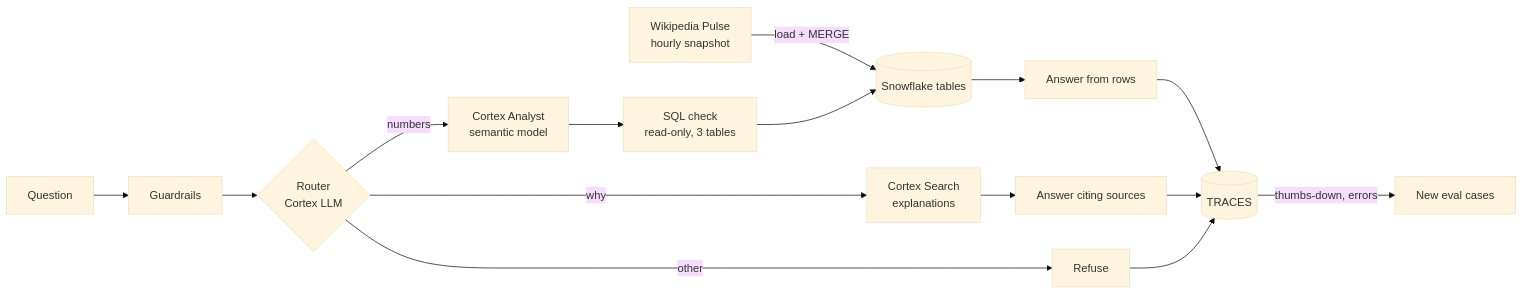
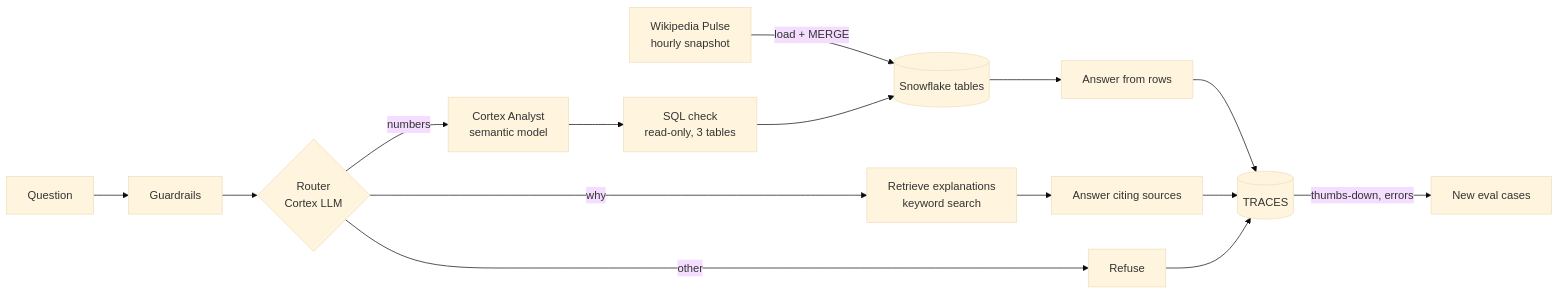
One commit to Lokesh4561/ask-pulse-snowflake changed the diagram in README.md. Above: the diagram before and after it, drawn with Mermaid (base theme). The commit also changed other lines of this file and 7 other files, not shown here.

````diff
--- a/README.md
+++ b/README.md
@@ -11,11 +11,11 @@
 ```mermaid
 flowchart LR
     W[Wikipedia Pulse<br/>hourly snapshot] -->|load + MERGE| T[(Snowflake tables)]
     Q[Question] --> G[Guardrails]
     G --> R{Router<br/>Cortex LLM}
     R -->|numbers| A[Cortex Analyst<br/>semantic model] --> S[SQL check<br/>read-only, 3 tables] --> T
-    R -->|why| CS[Cortex Search<br/>explanations] --> C[Answer citing sources]
+    R -->|why| CS[Retrieve explanations<br/>keyword search] --> C[Answer citing sources]
     R -->|other| X[Refuse]
     T --> N[Answer from rows]
     N & C & X --> L[(TRACES)] -->|thumbs-down, errors| E[New eval cases]
 ```
````
